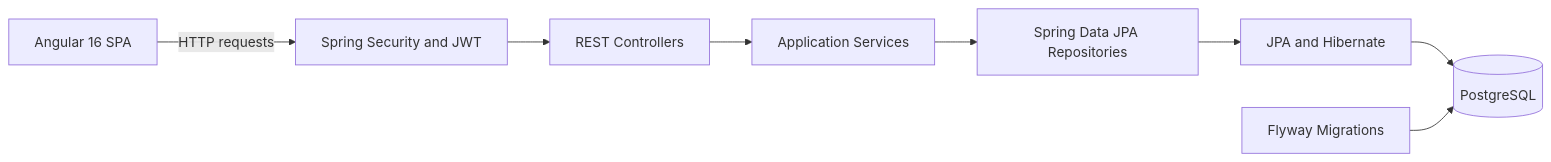
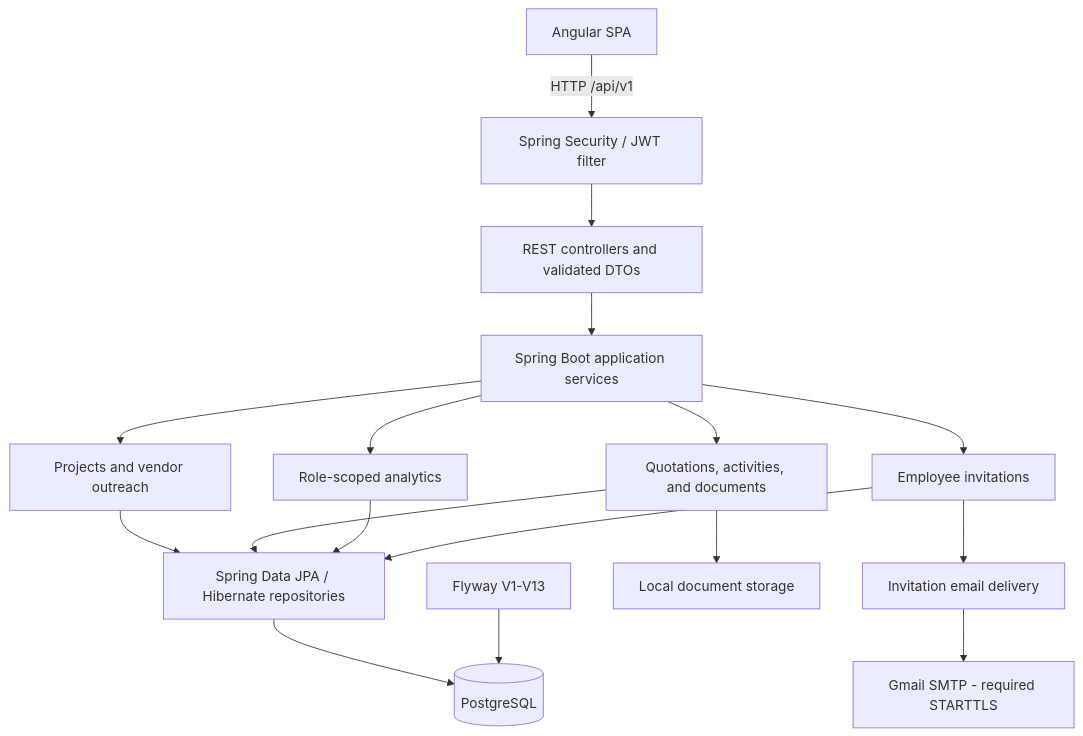
The first of 2 diagrams in README.md (youssefsaoud/enterprise-crm-platform), drawn with Mermaid before and after one commit. The commit also changed other lines of this file and 6 other files, not shown here.

````diff
--- a/README.md
+++ b/README.md
@@ -36,10 +72,19 @@
 ```mermaid
-flowchart LR
-    Angular[Angular 16 SPA] -->|HTTP requests| Security[Spring Security and JWT]
-    Security --> Controllers[REST Controllers]
-    Controllers --> Services[Application Services]
-    Services --> Repositories[Spring Data JPA Repositories]
-    Repositories --> Hibernate[JPA and Hibernate]
-    Hibernate --> PostgreSQL[(PostgreSQL)]
-    Flyway[Flyway Migrations] --> PostgreSQL
+flowchart TB
+    Angular["Angular SPA"] -->|"HTTP /api/v1"| Security["Spring Security / JWT filter"]
+    Security --> REST["REST controllers and validated DTOs"]
+    REST --> Services["Spring Boot application services"]
+    Services --> Projects["Projects and vendor outreach"]
+    Services --> Quotes["Quotations, activities, and documents"]
+    Services --> Analytics["Role-scoped analytics"]
+    Services --> Invitations["Employee invitations"]
+    Projects --> Repositories["Spring Data JPA / Hibernate repositories"]
+    Quotes --> Repositories
+    Analytics --> Repositories
+    Invitations --> Repositories
+    Repositories --> DB[("PostgreSQL")]
+    Flyway["Flyway V1-V13"] --> DB
+    Quotes --> Files["Local document storage"]
+    Invitations --> Mail["Invitation email delivery"]
+    Mail --> Gmail["Gmail SMTP - required STARTTLS"]
 ```
````
